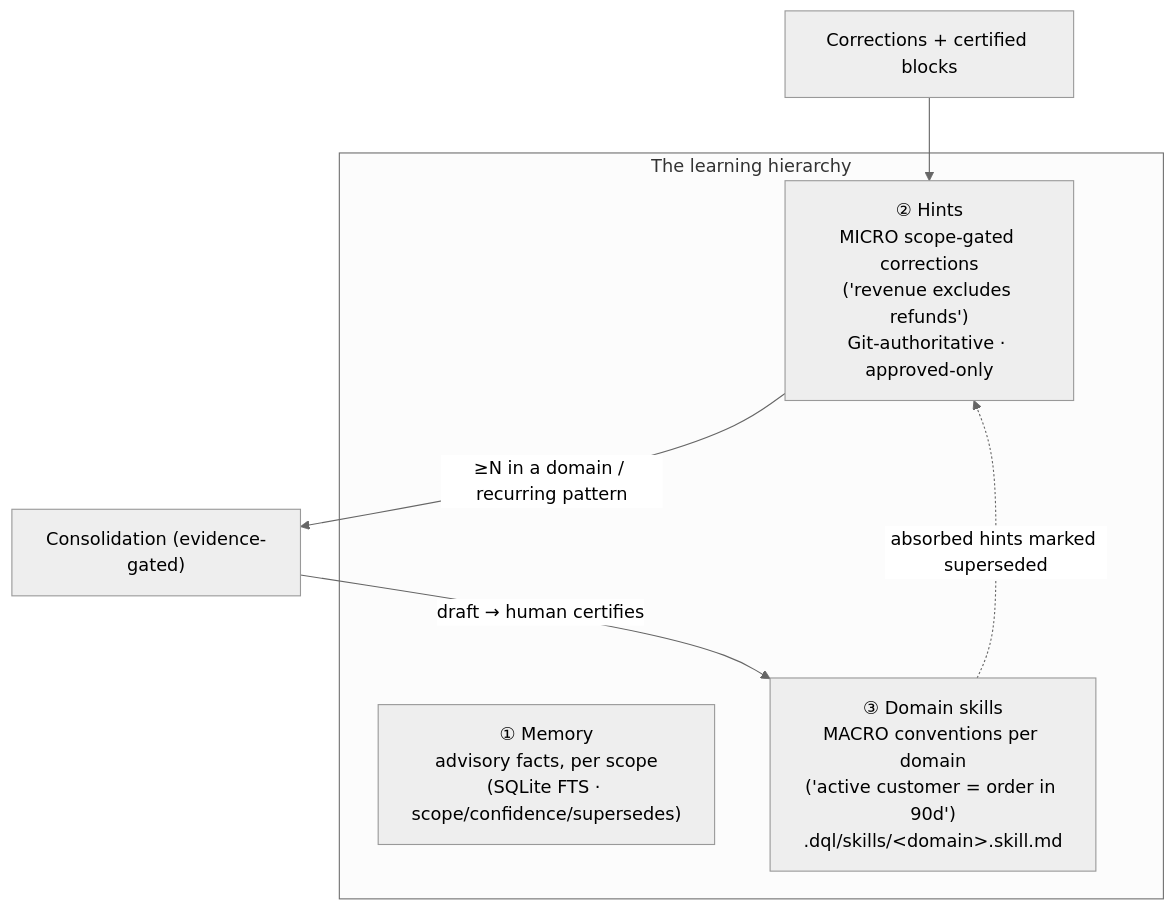
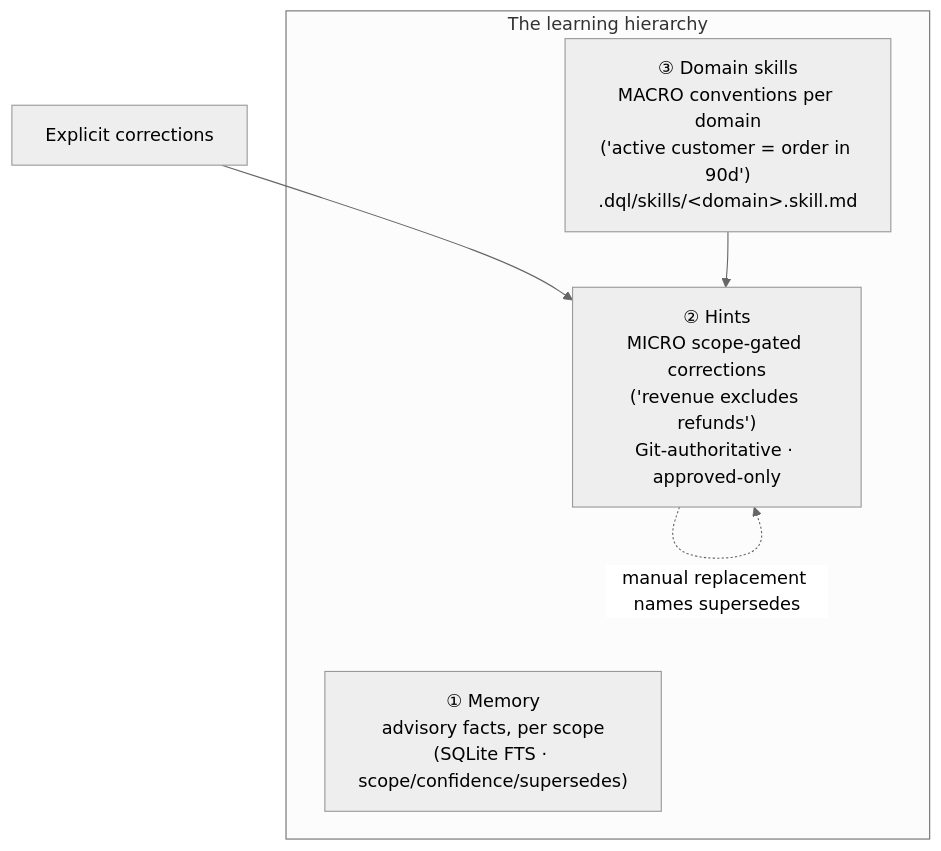
Before and after one commit to duckcode-ai/dql: the second of 5 diagrams in docs/architecture/agentic-loop/07-memory-and-learning.md, drawn with Mermaid (neutral theme). The commit also changed other lines of this file and 17 other files, not shown here.

````diff
--- a/docs/architecture/agentic-loop/07-memory-and-learning.md
+++ b/docs/architecture/agentic-loop/07-memory-and-learning.md
@@ -35,12 +40,11 @@
 ```mermaid
 flowchart TD
     subgraph Tiers["The learning hierarchy"]
         M["① Memory<br/>advisory facts, per scope<br/>(SQLite FTS · scope/confidence/supersedes)"]
         H["② Hints<br/>MICRO scope-gated corrections<br/>('revenue excludes refunds')<br/>Git-authoritative · approved-only"]
         S["③ Domain skills<br/>MACRO conventions per domain<br/>('active customer = order in 90d')<br/>.dql/skills/&lt;domain&gt;.skill.md"]
     end
-    COR["Corrections + certified blocks"] --> H
-    H -->|"≥N in a domain / recurring pattern"| CONS["Consolidation (evidence-gated)"]
-    CONS -->|"draft → human certifies"| S
-    S -.->|"absorbed hints marked superseded"| H
+    COR["Explicit corrections"] --> H
+    S --> H
+    H -.->|"manual replacement names supersedes"| H
 ```
````
